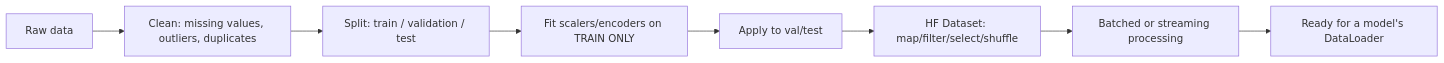
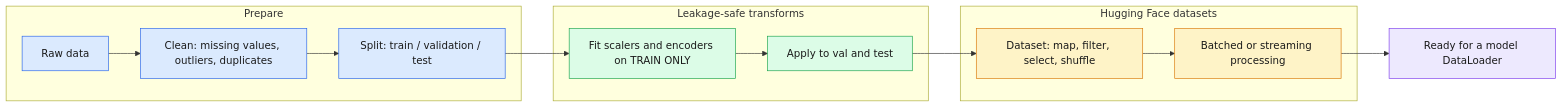
Before and after one commit to bhanu-prakash12/ai-ml-engineer-fundamentals: the first of 2 diagrams in day01_python_data_math/04_datasets/README.md, drawn with Mermaid. The commit also changed other lines of this file and 68 other files, not shown here.

````diff
--- a/day01_python_data_math/04_datasets/README.md
+++ b/day01_python_data_math/04_datasets/README.md
@@ -43,10 +82,24 @@
 ```mermaid
 flowchart LR
-  A[Raw data] --> B[Clean: missing values, outliers, duplicates]
-  B --> C[Split: train / validation / test]
-  C --> D[Fit scalers/encoders on TRAIN ONLY]
-  D --> E[Apply to val/test]
-  E --> F[HF Dataset: map/filter/select/shuffle]
-  F --> G[Batched or streaming processing]
-  G --> H[Ready for a model's DataLoader]
+  subgraph Prep["Prepare"]
+    A["Raw data"] --> B["Clean: missing values, outliers, duplicates"]
+    B --> C["Split: train / validation / test"]
+  end
+  subgraph Fit["Leakage-safe transforms"]
+    D["Fit scalers and encoders on TRAIN ONLY"] --> E["Apply to val and test"]
+  end
+  subgraph HF["Hugging Face datasets"]
+    F["Dataset: map, filter, select, shuffle"] --> G["Batched or streaming processing"]
+  end
+  C --> D
+  E --> F
+  G --> H["Ready for a model DataLoader"]
+  classDef prep fill:#DBEAFE,stroke:#2563EB,color:#1a1a1a;
+  classDef safe fill:#DCFCE7,stroke:#16A34A,color:#1a1a1a;
+  classDef hf fill:#FEF3C7,stroke:#D97706,color:#1a1a1a;
+  classDef goal fill:#EDE9FE,stroke:#7C3AED,color:#1a1a1a;
+  class A,B,C prep;
+  class D,E safe;
+  class F,G hf;
+  class H goal;
 ```
````
